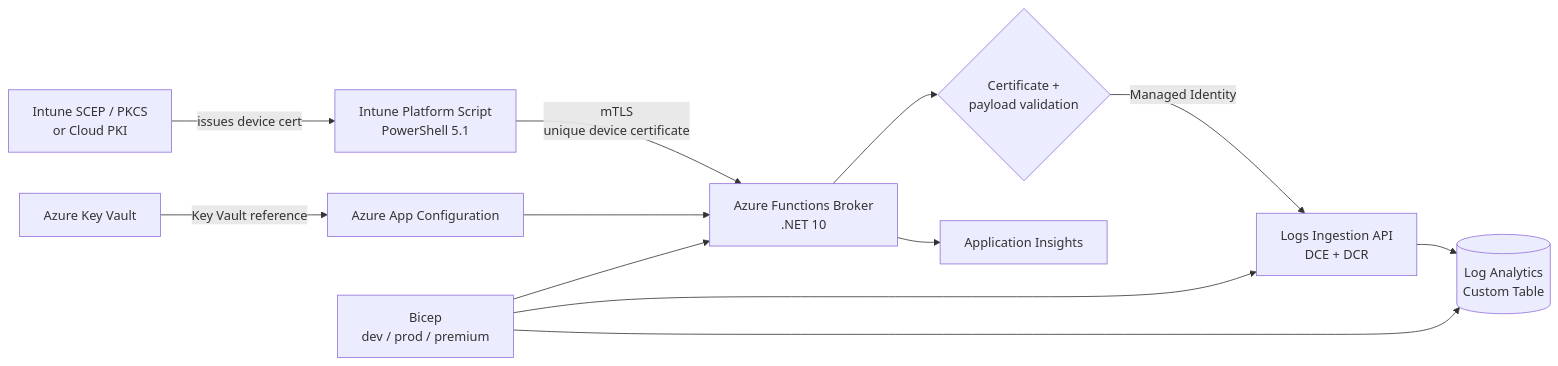
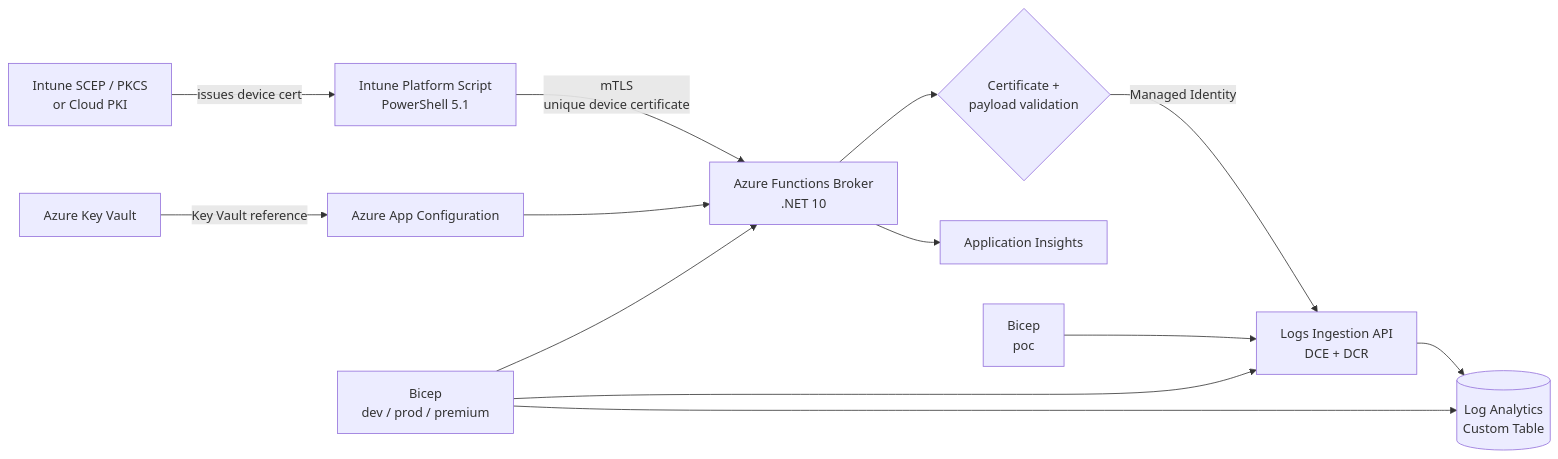
The diagram in README.md (robgrame/intune-deployment-telemetry), drawn with Mermaid before and after one commit. The commit also changed other lines of this file and 15 other files, not shown here.

````diff
--- a/README.md
+++ b/README.md
@@ -29,14 +29,15 @@
 ```mermaid
 flowchart LR
     A[Intune Platform Script<br/>PowerShell 5.1] -->|mTLS<br/>unique device certificate| B[Azure Functions Broker<br/>.NET 10]
     B --> C{Certificate +<br/>payload validation}
     G[Azure App Configuration] --> B
     H[Azure Key Vault] -->|Key Vault reference| G
     C -->|Managed Identity| D[Logs Ingestion API<br/>DCE + DCR]
     D --> E[(Log Analytics<br/>Custom Table)]
     B --> F[Application Insights]
     I[Intune SCEP / PKCS<br/>or Cloud PKI] -->|issues device cert| A
     J[Bicep<br/>dev / prod / premium] --> B
+    K[Bicep<br/>poc] --> D
     J --> D
     J --> E
 ```
````
